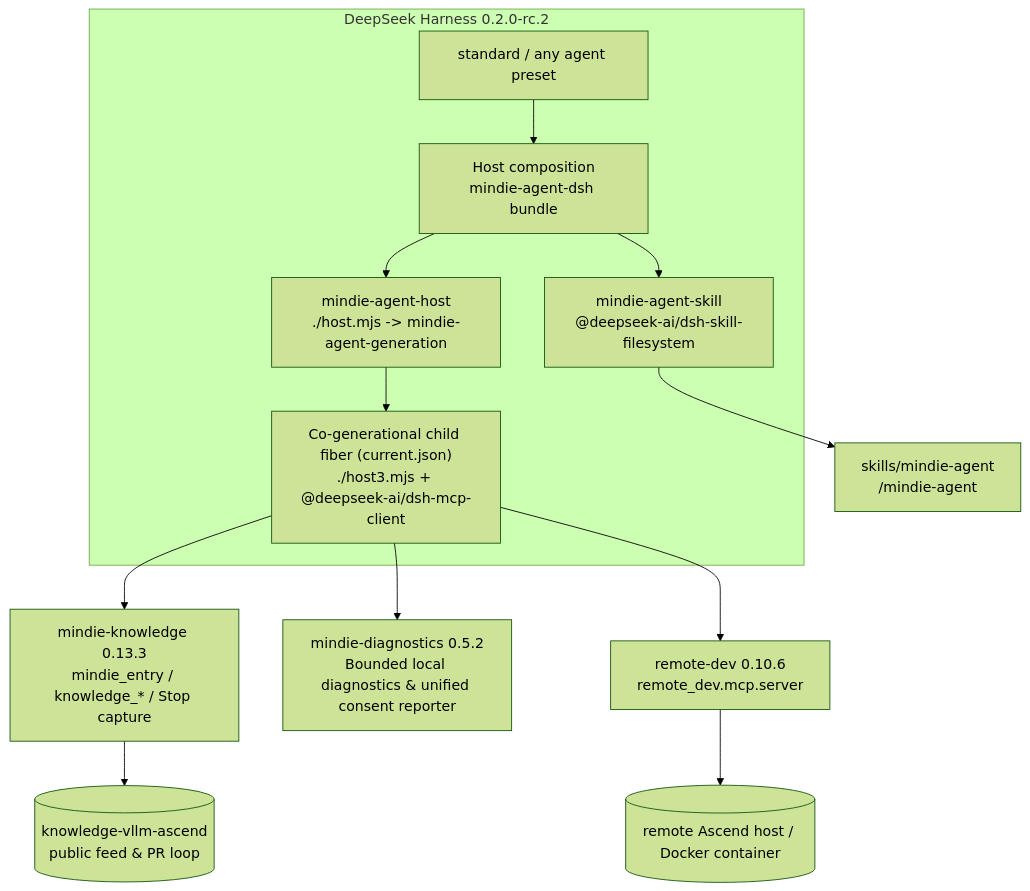
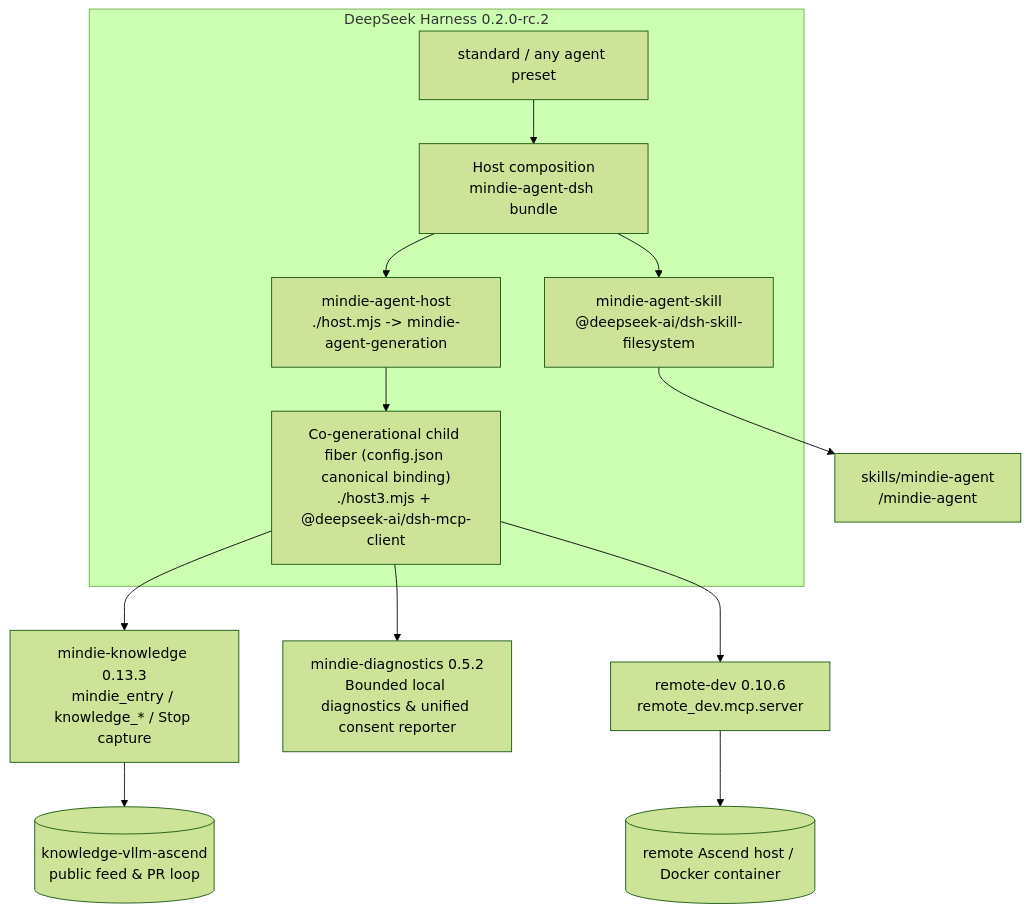
The diagram in README.en.md (mindie-agent/mindie-agent-dsh), drawn with Mermaid (forest theme) before and after one commit. The commit also changed other lines of this file and 7 other files, not shown here.

````diff
--- a/README.en.md
+++ b/README.en.md
@@ -197,20 +197,20 @@
 ```mermaid
 flowchart TB
   subgraph DSH["DeepSeek Harness 0.2.0-rc.2"]
     HOST["Host composition<br/>mindie-agent-dsh bundle"]
     STD["standard / any agent preset"]
     SKILL["mindie-agent-skill<br/>@deepseek-ai/dsh-skill-filesystem"]
     HPLUG["mindie-agent-host<br/>./host.mjs -> mindie-agent-generation"]
-    GEN["Co-generational child fiber (current.json)<br/>./host3.mjs + @deepseek-ai/dsh-mcp-client"]
+    GEN["Co-generational child fiber (config.json canonical binding)<br/>./host3.mjs + @deepseek-ai/dsh-mcp-client"]
     STD --> HOST
     HOST --> SKILL
     HOST --> HPLUG
     HPLUG --> GEN
   end
   SKILL --> SK["skills/mindie-agent<br/>/mindie-agent"]
   GEN --> KS["mindie-knowledge 0.13.3<br/>mindie_entry / knowledge_* / Stop capture"]
   GEN --> DIAG["mindie-diagnostics 0.5.2<br/>Bounded local diagnostics & unified consent reporter"]
   KS --> FEED[("knowledge-vllm-ascend<br/>public feed & PR loop")]
   GEN --> RD["remote-dev 0.10.6<br/>remote_dev.mcp.server"]
   RD --> NPU[("remote Ascend host / Docker container")]
 ```
````
